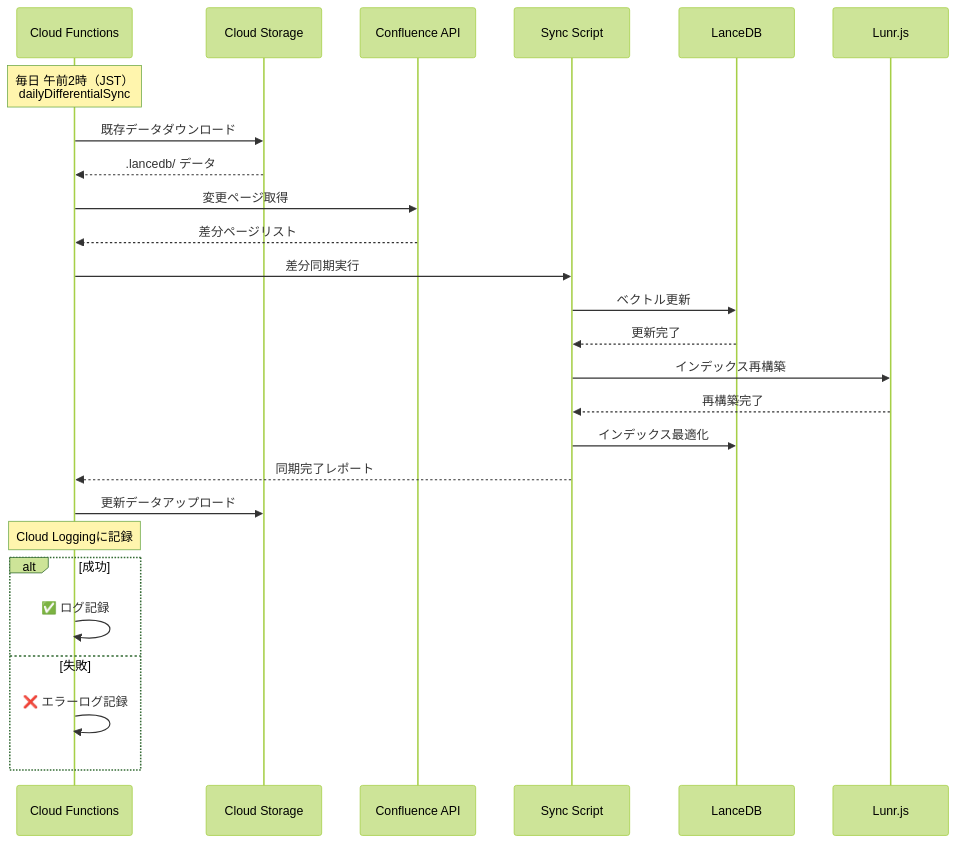
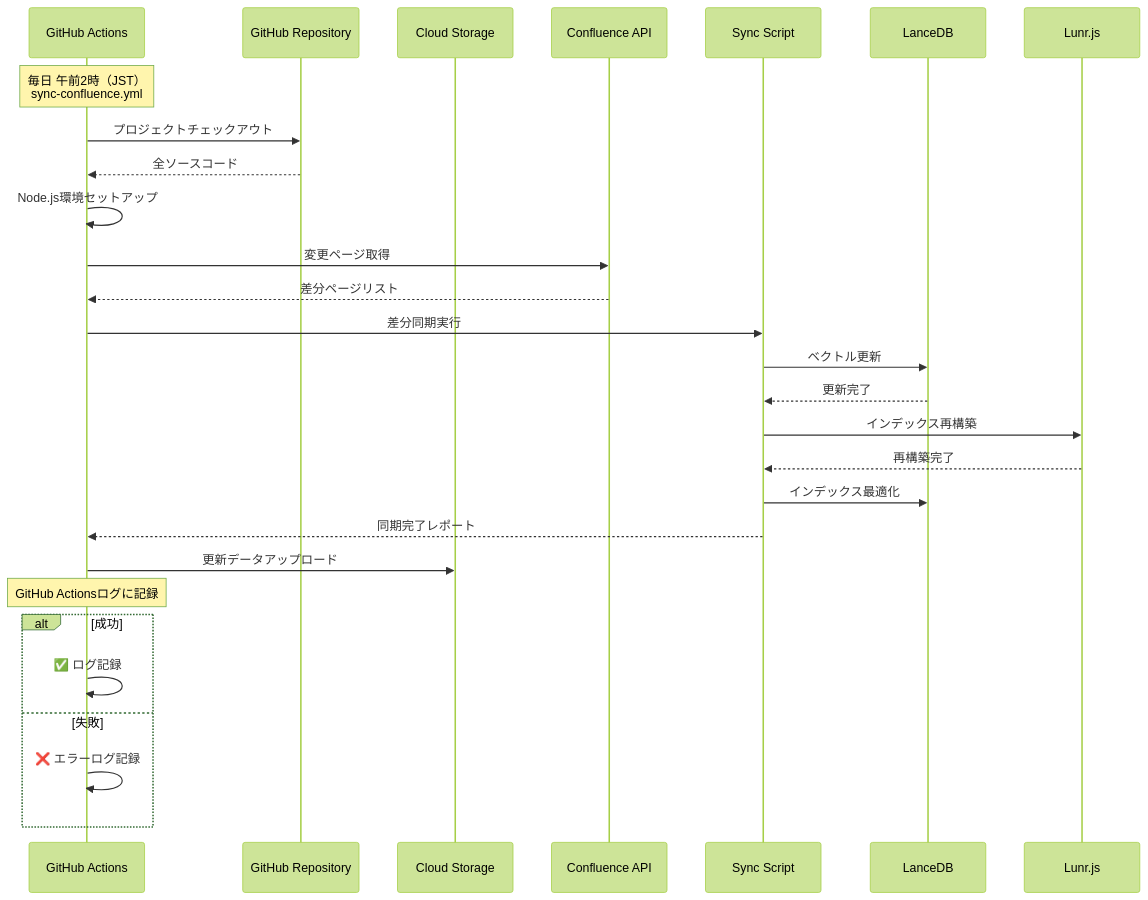
One commit to gucchon001/Confluence_firebase changed the third of 3 diagrams in docs/operations/data-synchronization-strategy.md. Above: the diagram before and after it, drawn with Mermaid (forest theme). The commit also changed other lines of this file and 2 other files, not shown here.

First line of the commit message:
Update: GitHub Actions遘ｻ陦悟ｮ御ｺ・- 蟾ｮ蛻・峩譁ｰ繝ｭ繧ｸ繝・け繝峨く繝･繝｡繝ｳ繝域峩譁ｰ

````diff
--- a/docs/operations/data-synchronization-strategy.md
+++ b/docs/operations/data-synchronization-strategy.md
@@ -108,29 +109,31 @@
 ```mermaid
 sequenceDiagram
-    participant CF as Cloud Functions
+    participant GA as GitHub Actions
+    participant GH as GitHub Repository
     participant CS as Cloud Storage
     participant Conf as Confluence API
     participant Sync as Sync Script
     participant LDB as LanceDB
     participant Lunr as Lunr.js
     
-    Note over CF: 毎日 午前2時（JST）<br/>dailyDifferentialSync
-    CF->>CS: 既存データダウンロード
-    CS-->>CF: .lancedb/ データ
-    CF->>Conf: 変更ページ取得
-    Conf-->>CF: 差分ページリスト
-    CF->>Sync: 差分同期実行
+    Note over GA: 毎日 午前2時（JST）<br/>sync-confluence.yml
+    GA->>GH: プロジェクトチェックアウト
+    GH-->>GA: 全ソースコード
+    GA->>GA: Node.js環境セットアップ
+    GA->>Conf: 変更ページ取得
+    Conf-->>GA: 差分ページリスト
+    GA->>Sync: 差分同期実行
     Sync->>LDB: ベクトル更新
     LDB-->>Sync: 更新完了
     Sync->>Lunr: インデックス再構築
     Lunr-->>Sync: 再構築完了
     Sync->>LDB: インデックス最適化
-    Sync-->>CF: 同期完了レポート
-    CF->>CS: 更新データアップロード
-    Note over CF: Cloud Loggingに記録
+    Sync-->>GA: 同期完了レポート
+    GA->>CS: 更新データアップロード
+    Note over GA: GitHub Actionsログに記録
     alt 成功
-        CF->>CF: ✅ ログ記録
+        GA->>GA: ✅ ログ記録
     else 失敗
-        CF->>CF: ❌ エラーログ記録
+        GA->>GA: ❌ エラーログ記録
     end
 ```
````
